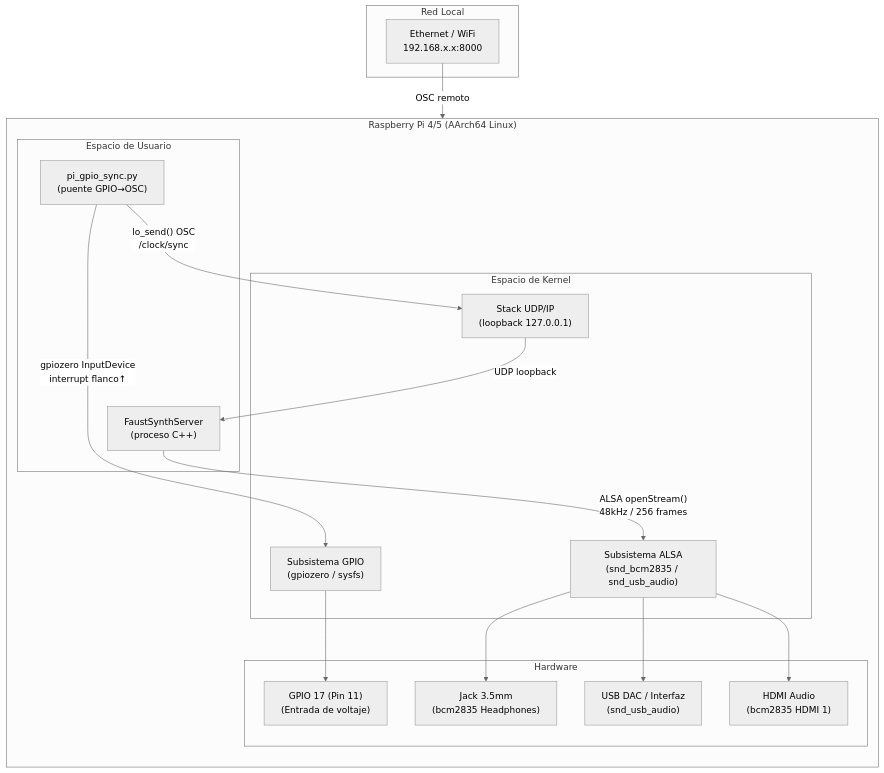
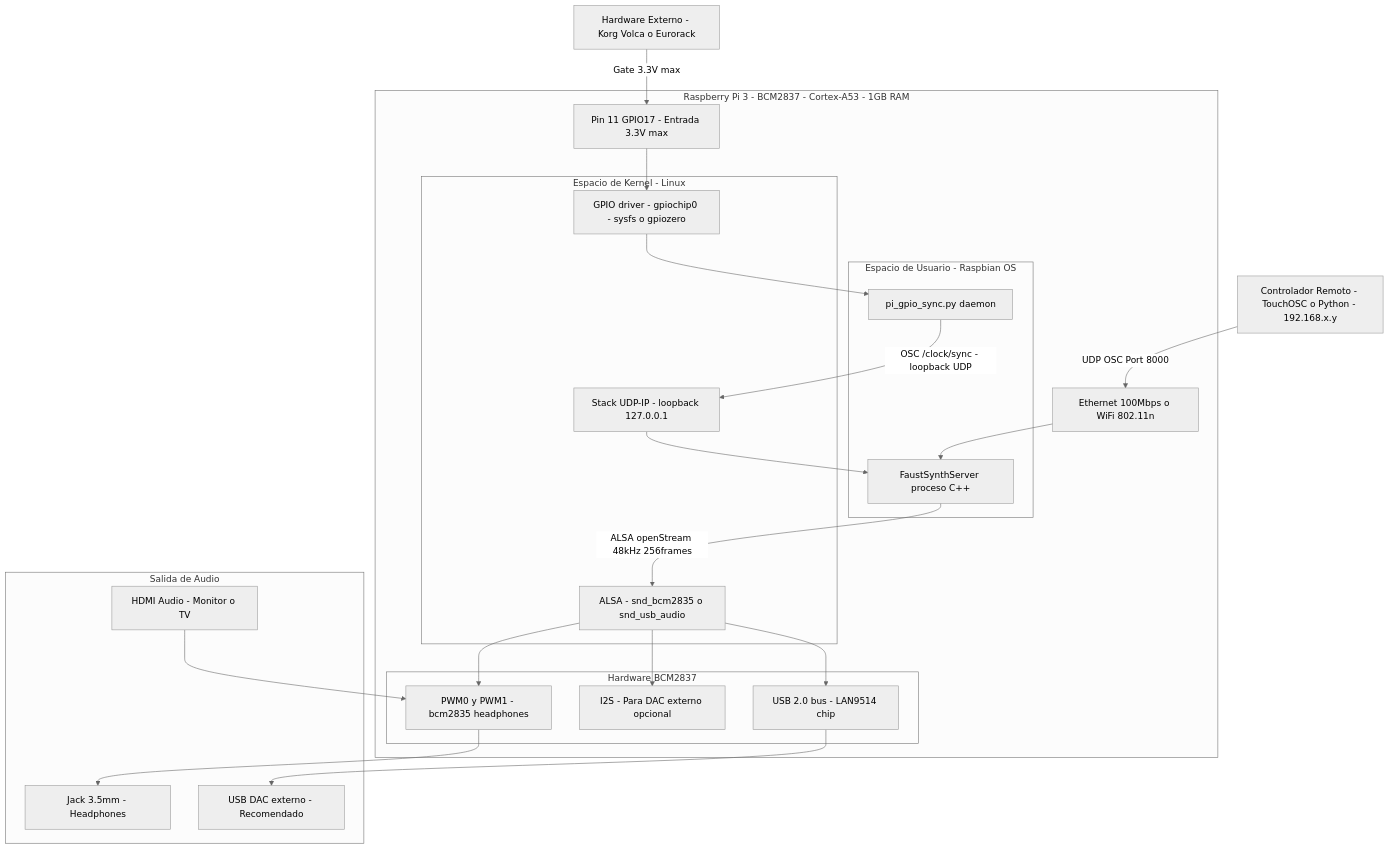
The seventh of 12 diagrams in README.md (Zann181/sintetizador), drawn with Mermaid (neutral theme) before and after one commit. The commit also changed other lines of this file, not shown here.

````diff
--- a/README.md
+++ b/README.md
@@ -577,40 +928,50 @@
 ```mermaid
-graph TB
-    subgraph RPI["Raspberry Pi 4/5 (AArch64 Linux)"]
-        direction TB
+graph TD
+    LAN_CLIENT["Controlador Remoto - TouchOSC o Python - 192.168.x.y"]
+    GPIO_DEVICE["Hardware Externo - Korg Volca o Eurorack"]
 
-        subgraph USERSPACE["Espacio de Usuario"]
-            APP["FaustSynthServer\n(proceso C++)"]
-            PYBRIDGE["pi_gpio_sync.py\n(puente GPIO→OSC)"]
+    subgraph RPI3["Raspberry Pi 3 - BCM2837 - Cortex-A53 - 1GB RAM"]
+        ETH_WIFI["Ethernet 100Mbps o WiFi 802.11n"]
+        GPIO17_NODE["Pin 11 GPIO17 - Entrada 3.3V max"]
+
+        subgraph USER_SPACE["Espacio de Usuario - Raspbian OS"]
+            SYNTH_PROC["FaustSynthServer proceso C++"]
+            GPIO_DAEMON["pi_gpio_sync.py daemon"]
         end
 
-        subgraph KERNEL["Espacio de Kernel"]
-            ALSA_K["Subsistema ALSA\n(snd_bcm2835 / snd_usb_audio)"]
-            GPIO_K["Subsistema GPIO\n(gpiozero / sysfs)"]
-            NET_K["Stack UDP/IP\n(loopback 127.0.0.1)"]
+        subgraph KERNEL_SPACE["Espacio de Kernel - Linux"]
+            ALSA_DRIVER["ALSA - snd_bcm2835 o snd_usb_audio"]
+            GPIO_DRIVER["GPIO driver - gpiochip0 - sysfs o gpiozero"]
+            NET_STACK["Stack UDP-IP - loopback 127.0.0.1"]
         end
 
-        subgraph HARDWARE_PI["Hardware"]
-            JACK35["Jack 3.5mm\n(bcm2835 Headphones)"]
-            USBDAC["USB DAC / Interfaz\n(snd_usb_audio)"]
-            GPIO17["GPIO 17 (Pin 11)\n(Entrada de voltaje)"]
-            HDMIOUT["HDMI Audio\n(bcm2835 HDMI 1)"]
+        subgraph HARDWARE_LAYER["Hardware BCM2837"]
+            BCM_PWM["PWM0 y PWM1 - bcm2835 headphones"]
+            BCM_I2S["I2S - Para DAC externo opcional"]
+            USB_BUS["USB 2.0 bus - LAN9514 chip"]
         end
     end
 
-    subgraph RED_PI["Red Local"]
-        LAN["Ethernet / WiFi\n192.168.x.x:8000"]
+    subgraph AUDIO_OUT["Salida de Audio"]
+        JACK_35["Jack 3.5mm - Headphones"]
+        USB_DAC["USB DAC externo - Recomendado"]
+        HDMI_AUDIO["HDMI Audio - Monitor o TV"]
     end
 
-    APP -->|"ALSA openStream()\n48kHz / 256 frames"| ALSA_K
-    PYBRIDGE -->|"gpiozero InputDevice\ninterrupt flanco↑"| GPIO_K
-    PYBRIDGE -->|"lo_send() OSC\n/clock/sync"| NET_K
-    NET_K -->|"UDP loopback"| APP
+    LAN_CLIENT -->|"UDP OSC Port 8000"| ETH_WIFI
+    GPIO_DEVICE -->|"Gate 3.3V max"| GPIO17_NODE
 
-    ALSA_K --> JACK35
-    ALSA_K --> USBDAC
-    ALSA_K --> HDMIOUT
-    GPIO_K --> GPIO17
+    ETH_WIFI --> SYNTH_PROC
+    GPIO17_NODE --> GPIO_DRIVER
+    GPIO_DRIVER --> GPIO_DAEMON
+    GPIO_DAEMON -->|"OSC /clock/sync - loopback UDP"| NET_STACK
+    NET_STACK --> SYNTH_PROC
 
-    LAN -->|"OSC remoto"| APP
+    SYNTH_PROC -->|"ALSA openStream 48kHz 256frames"| ALSA_DRIVER
+    ALSA_DRIVER --> BCM_PWM
+    ALSA_DRIVER --> USB_BUS
+    ALSA_DRIVER --> BCM_I2S
+    BCM_PWM --> JACK_35
+    USB_BUS --> USB_DAC
+    HDMI_AUDIO --> BCM_PWM
 ```
````
